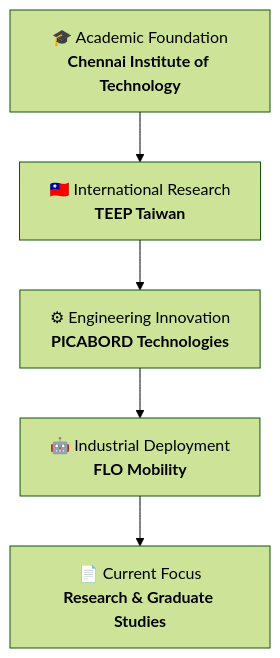
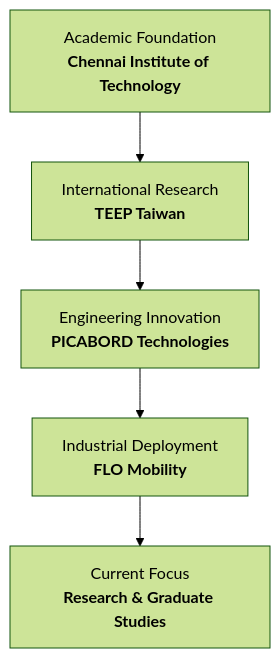
One commit to itz-tharun/itz-tharun changed the diagram in README.md. Above: the diagram before and after it, drawn with Mermaid (forest theme). The commit also changed other lines of this file, not shown here.

Commit message:
Remove unnecessary HTML tags from README.md

````diff
--- a/README.md
+++ b/README.md
@@ -80,18 +79,18 @@
 ```mermaid
 flowchart TD
 
-A["🎓 Academic Foundation<br/><b>Chennai Institute of Technology</b>"]
+A[" Academic Foundation<br/><b>Chennai Institute of Technology</b>"]
 
-B["🇹🇼 International Research<br/><b>TEEP Taiwan</b>"]
+B[" International Research<br/><b>TEEP Taiwan</b>"]
 
-C["⚙ Engineering Innovation<br/><b>PICABORD Technologies</b>"]
+C[" Engineering Innovation<br/><b>PICABORD Technologies</b>"]
 
-D["🤖 Industrial Deployment<br/><b>FLO Mobility</b>"]
+D[" Industrial Deployment<br/><b>FLO Mobility</b>"]
 
-E["📄 Current Focus<br/><b>Research & Graduate Studies</b>"]
+E[" Current Focus<br/><b>Research & Graduate Studies</b>"]
 
 A --> B
 B --> C
 C --> D
 D --> E
 ```
````
